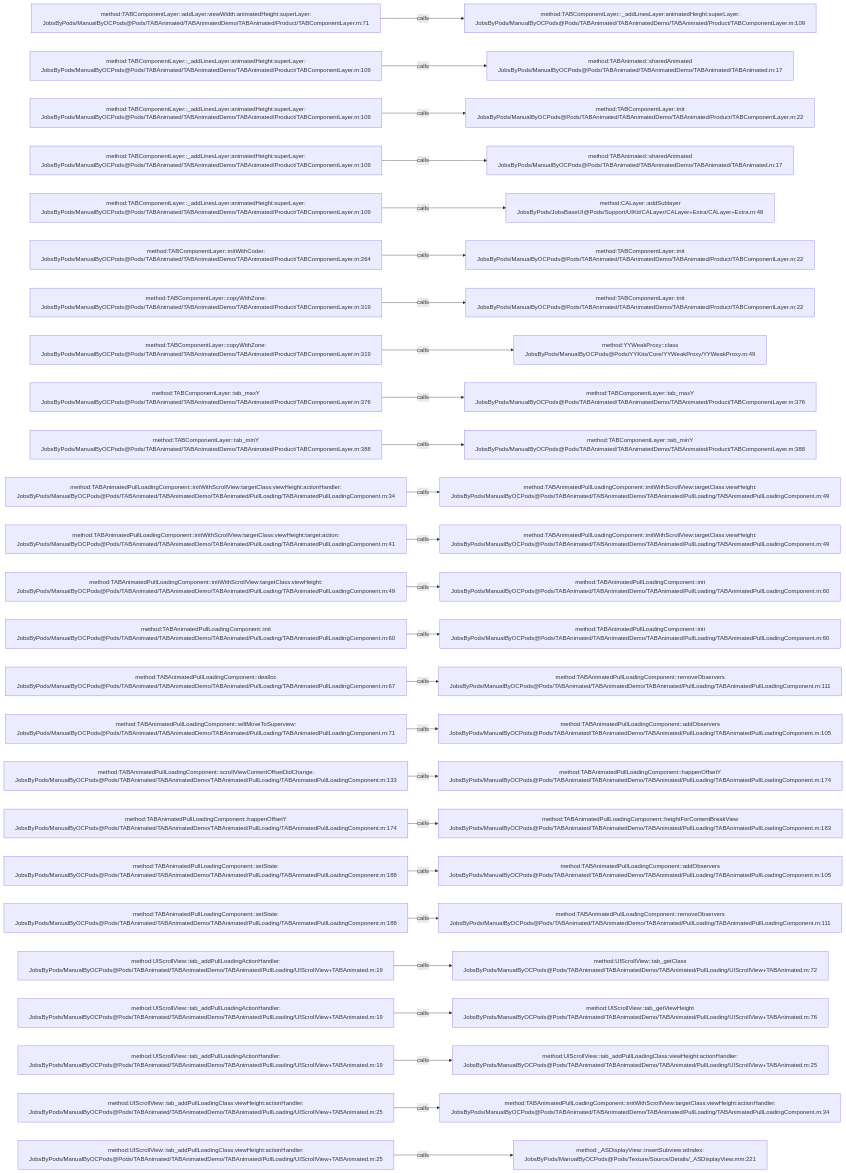
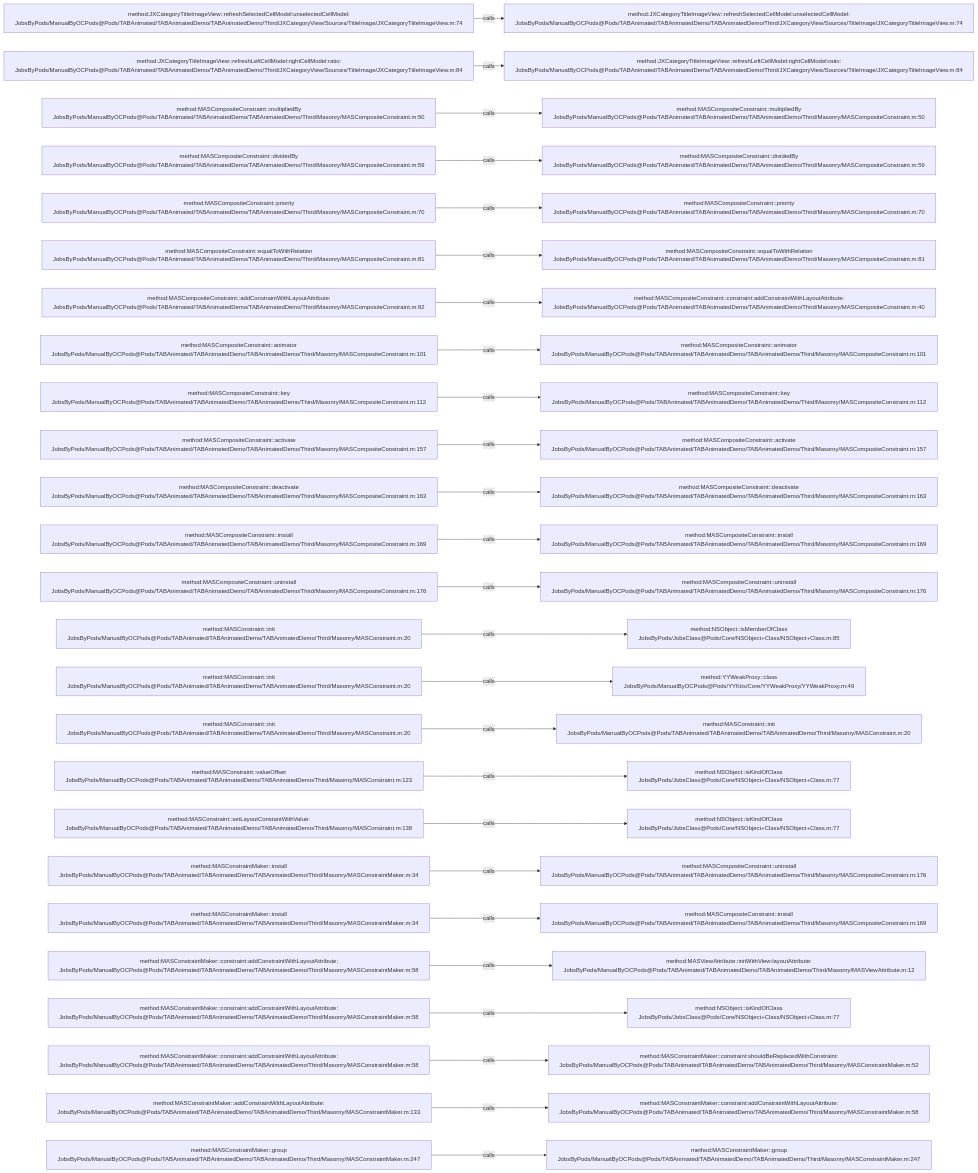
Before and after one commit to JobsKits/JobsOCBaseConfigDemo: the diagram in .codegraph/codegraph.md/graphs/calls-036.md, drawn with Mermaid. The commit also changed 1448 other files, not shown here.

````diff
--- a/.codegraph/codegraph.md/graphs/calls-036.md
+++ b/.codegraph/codegraph.md/graphs/calls-036.md
@@ -13,78 +13,78 @@
 ```mermaid
 flowchart LR
-  S1["method:TABComponentLayer::addLayer:viewWidth:animatedHeight:superLayer:<br/>JobsByPods/ManualByOCPods@Pods/TABAnimated/TABAnimatedDemo/TABAnimated/Product/TABComponentLayer.m:71"]
-  T1["method:TABComponentLayer::_addLinesLayer:animatedHeight:superLayer:<br/>JobsByPods/ManualByOCPods@Pods/TABAnimated/TABAnimatedDemo/TABAnimated/Product/TABComponentLayer.m:109"]
+  S1["method:JXCategoryTitleImageView::refreshSelectedCellModel:unselectedCellModel:<br/>JobsByPods/ManualByOCPods@Pods/TABAnimated/TABAnimatedDemo/TABAnimatedDemo/Third/JXCategoryView/Sources/TitleImage/JXCategoryTitleImageView.m:74"]
+  T1["method:JXCategoryTitleImageView::refreshSelectedCellModel:unselectedCellModel:<br/>JobsByPods/ManualByOCPods@Pods/TABAnimated/TABAnimatedDemo/TABAnimatedDemo/Third/JXCategoryView/Sources/TitleImage/JXCategoryTitleImageView.m:74"]
   S1 -->|calls| T1
-  S2["method:TABComponentLayer::_addLinesLayer:animatedHeight:superLayer:<br/>JobsByPods/ManualByOCPods@Pods/TABAnimated/TABAnimatedDemo/TABAnimated/Product/TABComponentLayer.m:109"]
-  T2["method:TABAnimated::sharedAnimated<br/>JobsByPods/ManualByOCPods@Pods/TABAnimated/TABAnimatedDemo/TABAnimated/TABAnimated.m:17"]
+  S2["method:JXCategoryTitleImageView::refreshLeftCellModel:rightCellModel:ratio:<br/>JobsByPods/ManualByOCPods@Pods/TABAnimated/TABAnimatedDemo/TABAnimatedDemo/Third/JXCategoryView/Sources/TitleImage/JXCategoryTitleImageView.m:84"]
+  T2["method:JXCategoryTitleImageView::refreshLeftCellModel:rightCellModel:ratio:<br/>JobsByPods/ManualByOCPods@Pods/TABAnimated/TABAnimatedDemo/TABAnimatedDemo/Third/JXCategoryView/Sources/TitleImage/JXCategoryTitleImageView.m:84"]
   S2 -->|calls| T2
-  S3["method:TABComponentLayer::_addLinesLayer:animatedHeight:superLayer:<br/>JobsByPods/ManualByOCPods@Pods/TABAnimated/TABAnimatedDemo/TABAnimated/Product/TABComponentLayer.m:109"]
-  T3["method:TABComponentLayer::init<br/>JobsByPods/ManualByOCPods@Pods/TABAnimated/TABAnimatedDemo/TABAnimated/Product/TABComponentLayer.m:22"]
+  S3["method:MASCompositeConstraint::multipliedBy<br/>JobsByPods/ManualByOCPods@Pods/TABAnimated/TABAnimatedDemo/TABAnimatedDemo/Third/Masonry/MASCompositeConstraint.m:50"]
+  T3["method:MASCompositeConstraint::multipliedBy<br/>JobsByPods/ManualByOCPods@Pods/TABAnimated/TABAnimatedDemo/TABAnimatedDemo/Third/Masonry/MASCompositeConstraint.m:50"]
   S3 -->|calls| T3
-  S4["method:TABComponentLayer::_addLinesLayer:animatedHeight:superLayer:<br/>JobsByPods/ManualByOCPods@Pods/TABAnimated/TABAnimatedDemo/TABAnimated/Product/TABComponentLayer.m:109"]
-  T4["method:TABAnimated::sharedAnimated<br/>JobsByPods/ManualByOCPods@Pods/TABAnimated/TABAnimatedDemo/TABAnimated/TABAnimated.m:17"]
+  S4["method:MASCompositeConstraint::dividedBy<br/>JobsByPods/ManualByOCPods@Pods/TABAnimated/TABAnimatedDemo/TABAnimatedDemo/Third/Masonry/MASCompositeConstraint.m:59"]
+  T4["method:MASCompositeConstraint::dividedBy<br/>JobsByPods/ManualByOCPods@Pods/TABAnimated/TABAnimatedDemo/TABAnimatedDemo/Third/Masonry/MASCompositeConstraint.m:59"]
   S4 -->|calls| T4
-  S5["method:TABComponentLayer::_addLinesLayer:animatedHeight:superLayer:<br/>JobsByPods/ManualByOCPods@Pods/TABAnimated/TABAnimatedDemo/TABAnimated/Product/TABComponentLayer.m:109"]
-  T5["method:CALayer::addSublayer<br/>JobsByPods/JobsBaseUI@Pods/Support/UIKit/CALayer/CALayer+Extra/CALayer+Extra.m:48"]
+  S5["method:MASCompositeConstraint::priority<br/>JobsByPods/ManualByOCPods@Pods/TABAnimated/TABAnimatedDemo/TABAnimatedDemo/Third/Masonry/MASCompositeConstraint.m:70"]
+  T5["method:MASCompositeConstraint::priority<br/>JobsByPods/ManualByOCPods@Pods/TABAnimated/TABAnimatedDemo/TABAnimatedDemo/Third/Masonry/MASCompositeConstraint.m:70"]
   S5 -->|calls| T5
-  S6["method:TABComponentLayer::initWithCoder:<br/>JobsByPods/ManualByOCPods@Pods/TABAnimated/TABAnimatedDemo/TABAnimated/Product/TABComponentLayer.m:264"]
-  T6["method:TABComponentLayer::init<br/>JobsByPods/ManualByOCPods@Pods/TABAnimated/TABAnimatedDemo/TABAnimated/Product/TABComponentLayer.m:22"]
+  S6["method:MASCompositeConstraint::equalToWithRelation<br/>JobsByPods/ManualByOCPods@Pods/TABAnimated/TABAnimatedDemo/TABAnimatedDemo/Third/Masonry/MASCompositeConstraint.m:81"]
+  T6["method:MASCompositeConstraint::equalToWithRelation<br/>JobsByPods/ManualByOCPods@Pods/TABAnimated/TABAnimatedDemo/TABAnimatedDemo/Third/Masonry/MASCompositeConstraint.m:81"]
   S6 -->|calls| T6
-  S7["method:TABComponentLayer::copyWithZone:<br/>JobsByPods/ManualByOCPods@Pods/TABAnimated/TABAnimatedDemo/TABAnimated/Product/TABComponentLayer.m:319"]
-  T7["method:TABComponentLayer::init<br/>JobsByPods/ManualByOCPods@Pods/TABAnimated/TABAnimatedDemo/TABAnimated/Product/TABComponentLayer.m:22"]
+  S7["method:MASCompositeConstraint::addConstraintWithLayoutAttribute:<br/>JobsByPods/ManualByOCPods@Pods/TABAnimated/TABAnimatedDemo/TABAnimatedDemo/Third/Masonry/MASCompositeConstraint.m:92"]
+  T7["method:MASCompositeConstraint::constraint:addConstraintWithLayoutAttribute:<br/>JobsByPods/ManualByOCPods@Pods/TABAnimated/TABAnimatedDemo/TABAnimatedDemo/Third/Masonry/MASCompositeConstraint.m:40"]
   S7 -->|calls| T7
-  S8["method:TABComponentLayer::copyWithZone:<br/>JobsByPods/ManualByOCPods@Pods/TABAnimated/TABAnimatedDemo/TABAnimated/Product/TABComponentLayer.m:319"]
-  T8["method:YYWeakProxy::class<br/>JobsByPods/ManualByOCPods@Pods/YYKits/Core/YYWeakProxy/YYWeakProxy.m:49"]
+  S8["method:MASCompositeConstraint::animator<br/>JobsByPods/ManualByOCPods@Pods/TABAnimated/TABAnimatedDemo/TABAnimatedDemo/Third/Masonry/MASCompositeConstraint.m:101"]
+  T8["method:MASCompositeConstraint::animator<br/>JobsByPods/ManualByOCPods@Pods/TABAnimated/TABAnimatedDemo/TABAnimatedDemo/Third/Masonry/MASCompositeConstraint.m:101"]
   S8 -->|calls| T8
-  S9["method:TABComponentLayer::tab_maxY<br/>JobsByPods/ManualByOCPods@Pods/TABAnimated/TABAnimatedDemo/TABAnimated/Product/TABComponentLayer.m:376"]
-  T9["method:TABComponentLayer::tab_maxY<br/>JobsByPods/ManualByOCPods@Pods/TABAnimated/TABAnimatedDemo/TABAnimated/Product/TABComponentLayer.m:376"]
+  S9["method:MASCompositeConstraint::key<br/>JobsByPods/ManualByOCPods@Pods/TABAnimated/TABAnimatedDemo/TABAnimatedDemo/Third/Masonry/MASCompositeConstraint.m:112"]
+  T9["method:MASCompositeConstraint::key<br/>JobsByPods/ManualByOCPods@Pods/TABAnimated/TABAnimatedDemo/TABAnimatedDemo/Third/Masonry/MASCompositeConstraint.m:112"]
   S9 -->|calls| T9
-  S10["method:TABComponentLayer::tab_minY<br/>JobsByPods/ManualByOCPods@Pods/TABAnimated/TABAnimatedDemo/TABAnimated/Product/TABComponentLayer.m:388"]
-  T10["method:TABComponentLayer::tab_minY<br/>JobsByPods/ManualByOCPods@Pods/TABAnimated/TABAnimatedDemo/TABAnimated/Product/TABComponentLayer.m:388"]
+  S10["method:MASCompositeConstraint::activate<br/>JobsByPods/ManualByOCPods@Pods/TABAnimated/TABAnimatedDemo/TABAnimatedDemo/Third/Masonry/MASCompositeConstraint.m:157"]
+  T10["method:MASCompositeConstraint::activate<br/>JobsByPods/ManualByOCPods@Pods/TABAnimated/TABAnimatedDemo/TABAnimatedDemo/Third/Masonry/MASCompositeConstraint.m:157"]
   S10 -->|calls| T10
-  S11["method:TABAnimatedPullLoadingComponent::initWithScrollView:targetClass:viewHeight:actionHandler:<br/>JobsByPods/ManualByOCPods@Pods/TABAnimated/TABAnimatedDemo/TABAnimated/PullLoading/TABAnimatedPullLoadingComponent.m:34"]
-  T11["method:TABAnimatedPullLoadingComponent::initWithScrollView:targetClass:viewHeight:<br/>JobsByPods/ManualByOCPods@Pods/TABAnimated/TABAnimatedDemo/TABAnimated/PullLoading/TABAnimatedPullLoadingComponent.m:49"]
+  S11["method:MASCompositeConstraint::deactivate<br/>JobsByPods/ManualByOCPods@Pods/TABAnimated/TABAnimatedDemo/TABAnimatedDemo/Third/Masonry/MASCompositeConstraint.m:163"]
+  T11["method:MASCompositeConstraint::deactivate<br/>JobsByPods/ManualByOCPods@Pods/TABAnimated/TABAnimatedDemo/TABAnimatedDemo/Third/Masonry/MASCompositeConstraint.m:163"]
   S11 -->|calls| T11
-  S12["method:TABAnimatedPullLoadingComponent::initWithScrollView:targetClass:viewHeight:target:action:<br/>JobsByPods/ManualByOCPods@Pods/TABAnimated/TABAnimatedDemo/TABAnimated/PullLoading/TABAnimatedPullLoadingComponent.m:41"]
-  T12["method:TABAnimatedPullLoadingComponent::initWithScrollView:targetClass:viewHeight:<br/>JobsByPods/ManualByOCPods@Pods/TABAnimated/TABAnimatedDemo/TABAnimated/PullLoading/TABAnimatedPullLoadingComponent.m:49"]
+  S12["method:MASCompositeConstraint::install<br/>JobsByPods/ManualByOCPods@Pods/TABAnimated/TABAnimatedDemo/TABAnimatedDemo/Third/Masonry/MASCompositeConstraint.m:169"]
+  T12["method:MASCompositeConstraint::install<br/>JobsByPods/ManualByOCPods@Pods/TABAnimated/TABAnimatedDemo/TABAnimatedDemo/Third/Masonry/MASCompositeConstraint.m:169"]
   S12 -->|calls| T12
-  S13["method:TABAnimatedPullLoadingComponent::initWithScrollView:targetClass:viewHeight:<br/>JobsByPods/ManualByOCPods@Pods/TABAnimated/TABAnimatedDemo/TABAnimated/PullLoading/TABAnimatedPullLoadingComponent.m:49"]
-  T13["method:TABAnimatedPullLoadingComponent::init<br/>JobsByPods/ManualByOCPods@Pods/TABAnimated/TABAnimatedDemo/TABAnimated/PullLoading/TABAnimatedPullLoadingComponent.m:60"]
+  S13["method:MASCompositeConstraint::uninstall<br/>JobsByPods/ManualByOCPods@Pods/TABAnimated/TABAnimatedDemo/TABAnimatedDemo/Third/Masonry/MASCompositeConstraint.m:176"]
+  T13["method:MASCompositeConstraint::uninstall<br/>JobsByPods/ManualByOCPods@Pods/TABAnimated/TABAnimatedDemo/TABAnimatedDemo/Third/Masonry/MASCompositeConstraint.m:176"]
   S13 -->|calls| T13
-  S14["method:TABAnimatedPullLoadingComponent::init<br/>JobsByPods/ManualByOCPods@Pods/TABAnimated/TABAnimatedDemo/TABAnimated/PullLoading/TABAnimatedPullLoadingComponent.m:60"]
-  T14["method:TABAnimatedPullLoadingComponent::init<br/>JobsByPods/ManualByOCPods@Pods/TABAnimated/TABAnimatedDemo/TABAnimated/PullLoading/TABAnimatedPullLoadingComponent.m:60"]
+  S14["method:MASConstraint::init<br/>JobsByPods/ManualByOCPods@Pods/TABAnimated/TABAnimatedDemo/TABAnimatedDemo/Third/Masonry/MASConstraint.m:20"]
+  T14["method:NSObject::isMemberOfClass<br/>JobsByPods/JobsClass@Pods/Core/NSObject+Class/NSObject+Class.m:85"]
   S14 -->|calls| T14
-  S15["method:TABAnimatedPullLoadingComponent::dealloc<br/>JobsByPods/ManualByOCPods@Pods/TABAnimated/TABAnimatedDemo/TABAnimated/PullLoading/TABAnimatedPullLoadingComponent.m:67"]
-  T15["method:TABAnimatedPullLoadingComponent::removeObservers<br/>JobsByPods/ManualByOCPods@Pods/TABAnimated/TABAnimatedDemo/TABAnimated/PullLoading/TABAnimatedPullLoadingComponent.m:111"]
+  S15["method:MASConstraint::init<br/>JobsByPods/ManualByOCPods@Pods/TABAnimated/TABAnimatedDemo/TABAnimatedDemo/Third/Masonry/MASConstraint.m:20"]
+  T15["method:YYWeakProxy::class<br/>JobsByPods/ManualByOCPods@Pods/YYKits/Core/YYWeakProxy/YYWeakProxy.m:49"]
   S15 -->|calls| T15
-  S16["method:TABAnimatedPullLoadingComponent::willMoveToSuperview:<br/>JobsByPods/ManualByOCPods@Pods/TABAnimated/TABAnimatedDemo/TABAnimated/PullLoading/TABAnimatedPullLoadingComponent.m:71"]
-  T16["method:TABAnimatedPullLoadingComponent::addObservers<br/>JobsByPods/ManualByOCPods@Pods/TABAnimated/TABAnimatedDemo/TABAnimated/PullLoading/TABAnimatedPullLoadingComponent.m:105"]
+  S16["method:MASConstraint::init<br/>JobsByPods/ManualByOCPods@Pods/TABAnimated/TABAnimatedDemo/TABAnimatedDemo/Third/Masonry/MASConstraint.m:20"]
+  T16["method:MASConstraint::init<br/>JobsByPods/ManualByOCPods@Pods/TABAnimated/TABAnimatedDemo/TABAnimatedDemo/Third/Masonry/MASConstraint.m:20"]
   S16 -->|calls| T16
-  S17["method:TABAnimatedPullLoadingComponent::scrollViewContentOffsetDidChange:<br/>JobsByPods/ManualByOCPods@Pods/TABAnimated/TABAnimatedDemo/TABAnimated/PullLoading/TABAnimatedPullLoadingComponent.m:133"]
-  T17["method:TABAnimatedPullLoadingComponent::happenOffsetY<br/>JobsByPods/ManualByOCPods@Pods/TABAnimated/TABAnimatedDemo/TABAnimated/PullLoading/TABAnimatedPullLoadingComponent.m:174"]
+  S17["method:MASConstraint::valueOffset<br/>JobsByPods/ManualByOCPods@Pods/TABAnimated/TABAnimatedDemo/TABAnimatedDemo/Third/Masonry/MASConstraint.m:123"]
+  T17["method:NSObject::isKindOfClass<br/>JobsByPods/JobsClass@Pods/Core/NSObject+Class/NSObject+Class.m:77"]
   S17 -->|calls| T17
-  S18["method:TABAnimatedPullLoadingComponent::happenOffsetY<br/>JobsByPods/ManualByOCPods@Pods/TABAnimated/TABAnimatedDemo/TABAnimated/PullLoading/TABAnimatedPullLoadingComponent.m:174"]
-  T18["method:TABAnimatedPullLoadingComponent::heightForContentBreakView<br/>JobsByPods/ManualByOCPods@Pods/TABAnimated/TABAnimatedDemo/TABAnimated/PullLoading/TABAnimatedPullLoadingComponent.m:183"]
+  S18["method:MASConstraint::setLayoutConstantWithValue:<br/>JobsByPods/ManualByOCPods@Pods/TABAnimated/TABAnimatedDemo/TABAnimatedDemo/Third/Masonry/MASConstraint.m:138"]
+  T18["method:NSObject::isKindOfClass<br/>JobsByPods/JobsClass@Pods/Core/NSObject+Class/NSObject+Class.m:77"]
   S18 -->|calls| T18
-  S19["method:TABAnimatedPullLoadingComponent::setState:<br/>JobsByPods/ManualByOCPods@Pods/TABAnimated/TABAnimatedDemo/TABAnimated/PullLoading/TABAnimatedPullLoadingComponent.m:188"]
-  T19["method:TABAnimatedPullLoadingComponent::addObservers<br/>JobsByPods/ManualByOCPods@Pods/TABAnimated/TABAnimatedDemo/TABAnimated/PullLoading/TABAnimatedPullLoadingComponent.m:105"]
+  S19["method:MASConstraintMaker::install<br/>JobsByPods/ManualByOCPods@Pods/TABAnimated/TABAnimatedDemo/TABAnimatedDemo/Third/Masonry/MASConstraintMaker.m:34"]
+  T19["method:MASCompositeConstraint::uninstall<br/>JobsByPods/ManualByOCPods@Pods/TABAnimated/TABAnimatedDemo/TABAnimatedDemo/Third/Masonry/MASCompositeConstraint.m:176"]
   S19 -->|calls| T19
-  S20["method:TABAnimatedPullLoadingComponent::setState:<br/>JobsByPods/ManualByOCPods@Pods/TABAnimated/TABAnimatedDemo/TABAnimated/PullLoading/TABAnimatedPullLoadingComponent.m:188"]
-  T20["method:TABAnimatedPullLoadingComponent::removeObservers<br/>JobsByPods/ManualByOCPods@Pods/TABAnimated/TABAnimatedDemo/TABAnimated/PullLoading/TABAnimatedPullLoadingComponent.m:111"]
+  S20["method:MASConstraintMaker::install<br/>JobsByPods/ManualByOCPods@Pods/TABAnimated/TABAnimatedDemo/TABAnimatedDemo/Third/Masonry/MASConstraintMaker.m:34"]
+  T20["method:MASCompositeConstraint::install<br/>JobsByPods/ManualByOCPods@Pods/TABAnimated/TABAnimatedDemo/TABAnimatedDemo/Third/Masonry/MASCompositeConstraint.m:169"]
   S20 -->|calls| T20
-  S21["method:UIScrollView::tab_addPullLoadingActionHandler:<br/>JobsByPods/ManualByOCPods@Pods/TABAnimated/TABAnimatedDemo/TABAnimated/PullLoading/UIScrollView+TABAnimated.m:19"]
-  T21["method:UIScrollView::tab_getClass<br/>JobsByPods/ManualByOCPods@Pods/TABAnimated/TABAnimatedDemo/TABAnimated/PullLoading/UIScrollView+TABAnimated.m:72"]
+  S21["method:MASConstraintMaker::constraint:addConstraintWithLayoutAttribute:<br/>JobsByPods/ManualByOCPods@Pods/TABAnimated/TABAnimatedDemo/TABAnimatedDemo/Third/Masonry/MASConstraintMaker.m:58"]
+  T21["method:MASViewAttribute::initWithView:layoutAttribute:<br/>JobsByPods/ManualByOCPods@Pods/TABAnimated/TABAnimatedDemo/TABAnimatedDemo/Third/Masonry/MASViewAttribute.m:12"]
   S21 -->|calls| T21
-  S22["method:UIScrollView::tab_addPullLoadingActionHandler:<br/>JobsByPods/ManualByOCPods@Pods/TABAnimated/TABAnimatedDemo/TABAnimated/PullLoading/UIScrollView+TABAnimated.m:19"]
-  T22["method:UIScrollView::tab_getViewHeight<br/>JobsByPods/ManualByOCPods@Pods/TABAnimated/TABAnimatedDemo/TABAnimated/PullLoading/UIScrollView+TABAnimated.m:76"]
+  S22["method:MASConstraintMaker::constraint:addConstraintWithLayoutAttribute:<br/>JobsByPods/ManualByOCPods@Pods/TABAnimated/TABAnimatedDemo/TABAnimatedDemo/Third/Masonry/MASConstraintMaker.m:58"]
+  T22["method:NSObject::isKindOfClass<br/>JobsByPods/JobsClass@Pods/Core/NSObject+Class/NSObject+Class.m:77"]
   S22 -->|calls| T22
-  S23["method:UIScrollView::tab_addPullLoadingActionHandler:<br/>JobsByPods/ManualByOCPods@Pods/TABAnimated/TABAnimatedDemo/TABAnimated/PullLoading/UIScrollView+TABAnimated.m:19"]
-  T23["method:UIScrollView::tab_addPullLoadingClass:viewHeight:actionHandler:<br/>JobsByPods/ManualByOCPods@Pods/TABAnimated/TABAnimatedDemo/TABAnimated/PullLoading/UIScrollView+TABAnimated.m:25"]
+  S23["method:MASConstraintMaker::constraint:addConstraintWithLayoutAttribute:<br/>JobsByPods/ManualByOCPods@Pods/TABAnimated/TABAnimatedDemo/TABAnimatedDemo/Third/Masonry/MASConstraintMaker.m:58"]
+  T23["method:MASConstraintMaker::constraint:shouldBeReplacedWithConstraint:<br/>JobsByPods/ManualByOCPods@Pods/TABAnimated/TABAnimatedDemo/TABAnimatedDemo/Third/Masonry/MASConstraintMaker.m:52"]
   S23 -->|calls| T23
-  S24["method:UIScrollView::tab_addPullLoadingClass:viewHeight:actionHandler:<br/>JobsByPods/ManualByOCPods@Pods/TABAnimated/TABAnimatedDemo/TABAnimated/PullLoading/UIScrollView+TABAnimated.m:25"]
-  T24["method:TABAnimatedPullLoadingComponent::initWithScrollView:targetClass:viewHeight:actionHandler:<br/>JobsByPods/ManualByOCPods@Pods/TABAnimated/TABAnimatedDemo/TABAnimated/PullLoading/TABAnimatedPullLoadingComponent.m:34"]
+  S24["method:MASConstraintMaker::addConstraintWithLayoutAttribute:<br/>JobsByPods/ManualByOCPods@Pods/TABAnimated/TABAnimatedDemo/TABAnimatedDemo/Third/Masonry/MASConstraintMaker.m:133"]
+  T24["method:MASConstraintMaker::constraint:addConstraintWithLayoutAttribute:<br/>JobsByPods/ManualByOCPods@Pods/TABAnimated/TABAnimatedDemo/TABAnimatedDemo/Third/Masonry/MASConstraintMaker.m:58"]
   S24 -->|calls| T24
-  S25["method:UIScrollView::tab_addPullLoadingClass:viewHeight:actionHandler:<br/>JobsByPods/ManualByOCPods@Pods/TABAnimated/TABAnimatedDemo/TABAnimated/PullLoading/UIScrollView+TABAnimated.m:25"]
-  T25["method:_ASDisplayView::insertSubview:atIndex:<br/>JobsByPods/ManualByOCPods@Pods/Texture/Source/Details/_ASDisplayView.mm:221"]
+  S25["method:MASConstraintMaker::group<br/>JobsByPods/ManualByOCPods@Pods/TABAnimated/TABAnimatedDemo/TABAnimatedDemo/Third/Masonry/MASConstraintMaker.m:247"]
+  T25["method:MASConstraintMaker::group<br/>JobsByPods/ManualByOCPods@Pods/TABAnimated/TABAnimatedDemo/TABAnimatedDemo/Third/Masonry/MASConstraintMaker.m:247"]
   S25 -->|calls| T25
 ```
````
